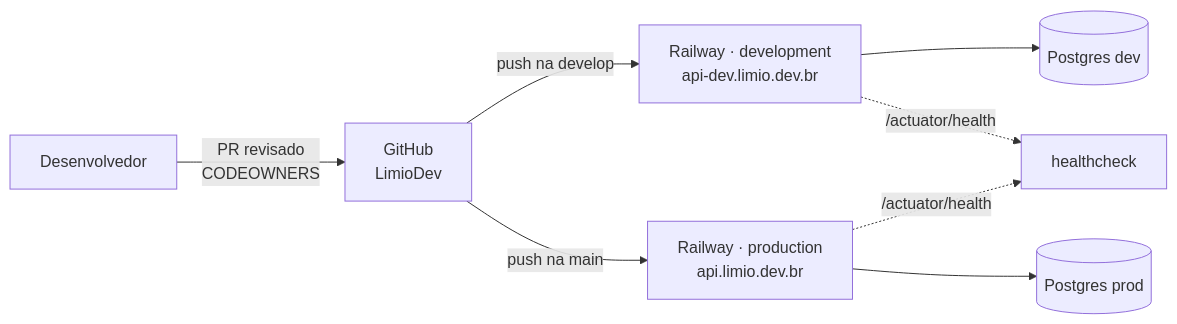
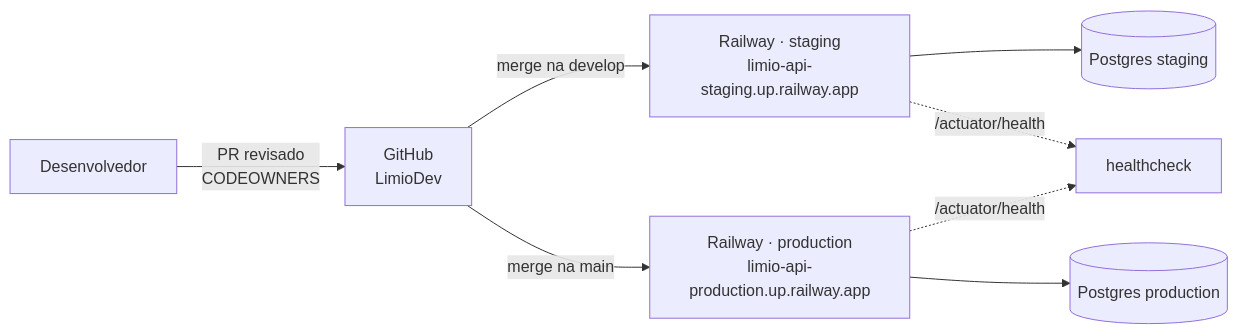
One commit to LimioDev/limio-docs changed diagram 11 of 11 in system-design/system-design.md. Above: the diagram before and after it, drawn with Mermaid. The commit also changed other lines of this file and 2 other files, not shown here.

Commit message:
docs: revisando links

````diff
--- a/system-design/system-design.md
+++ b/system-design/system-design.md
@@ -355,10 +355,10 @@
 ```mermaid
 flowchart LR
     DEV["Desenvolvedor"] -- "PR revisado<br/>CODEOWNERS" --> GH["GitHub<br/>LimioDev"]
-    GH -- "push na develop" --> RD["Railway · development<br/>api-dev.limio.dev.br"]
-    GH -- "push na main" --> RP["Railway · production<br/>api.limio.dev.br"]
-    RD --> PD[("Postgres dev")]
-    RP --> PP[("Postgres prod")]
+    GH -- "merge na develop" --> RD["Railway · staging<br/>limio-api-staging.up.railway.app"]
+    GH -- "merge na main" --> RP["Railway · production<br/>limio-api-production.up.railway.app"]
+    RD --> PD[("Postgres staging")]
+    RP --> PP[("Postgres production")]
     RD -. "/actuator/health" .-> HC["healthcheck"]
     RP -. "/actuator/health" .-> HC
 ```
````
